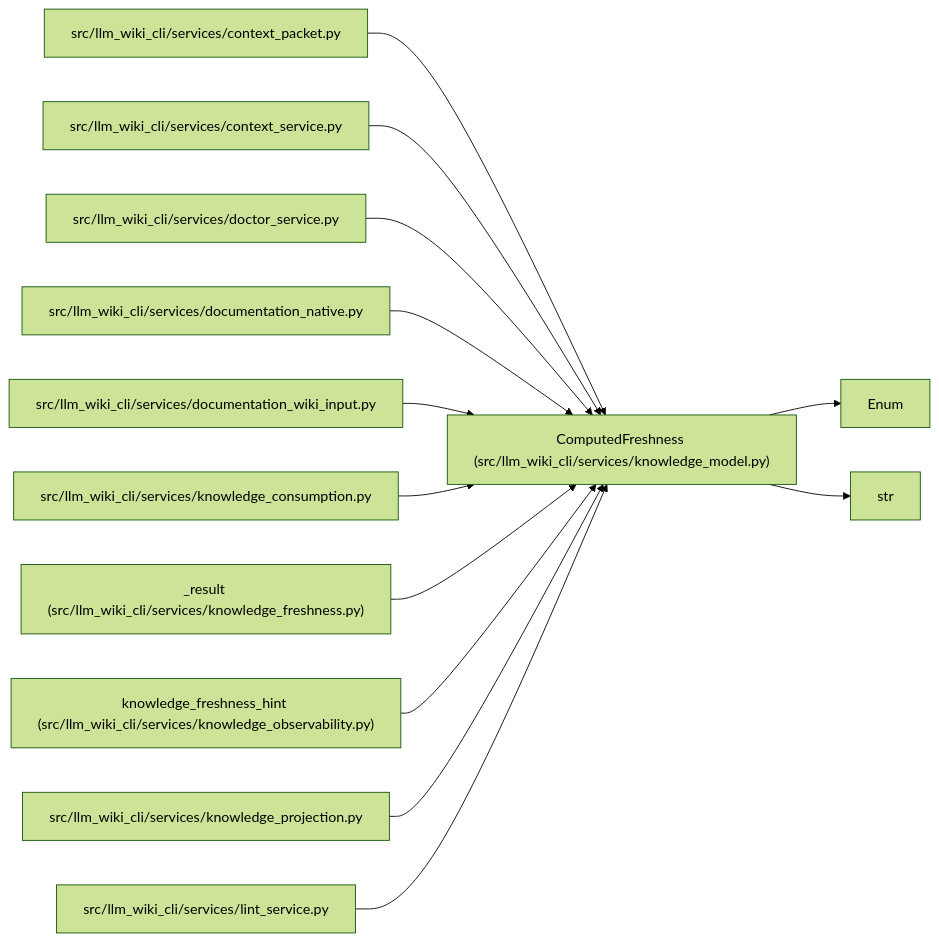
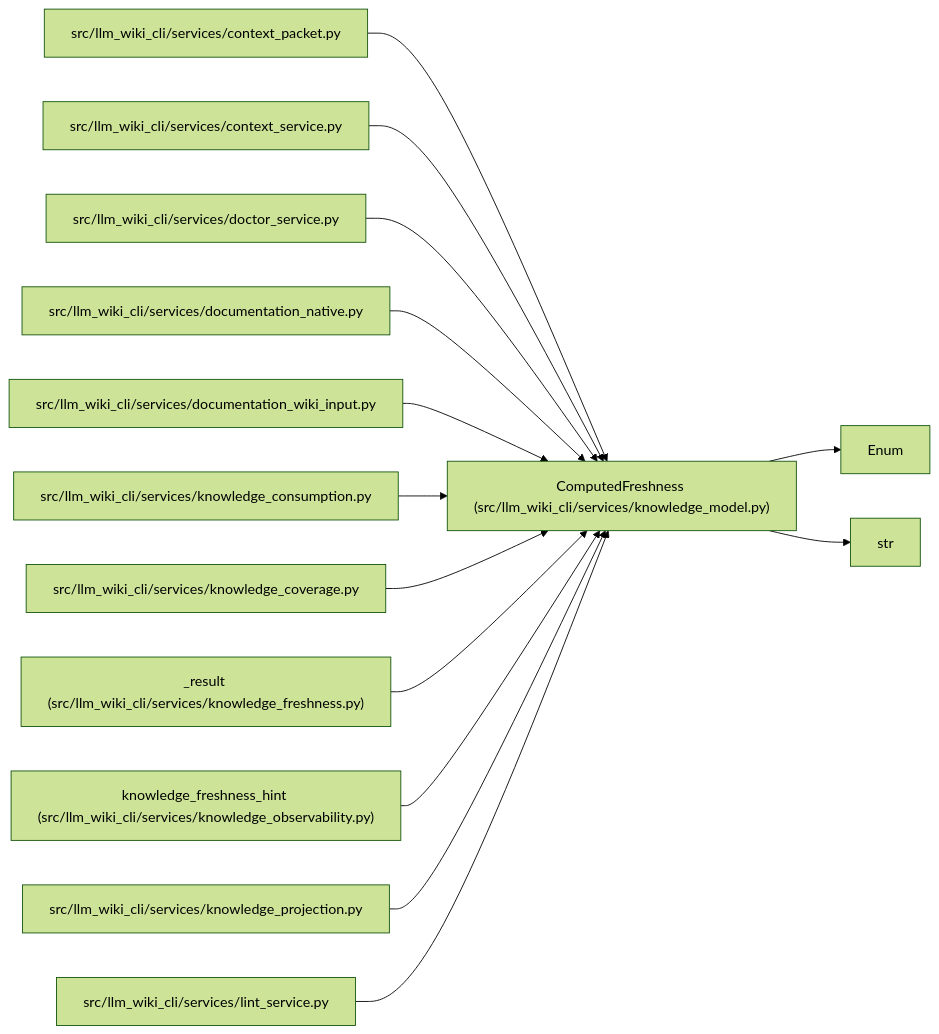
The diagram in docs/llm_wiki/entities/ComputedFreshness.md (Denissvgn/python-wiki-llm), drawn with Mermaid (forest theme) before and after one commit. The commit also changed other lines of this file and 398 other files, not shown here.

````diff
--- a/docs/llm_wiki/entities/ComputedFreshness.md
+++ b/docs/llm_wiki/entities/ComputedFreshness.md
@@ -30,39 +30,42 @@
 ```mermaid
 flowchart LR
     n0["ComputedFreshness (src/llm_wiki_cli/services/knowledge_model.py)"]
     n1["Enum"]
     n2["str"]
     n3["src/llm_wiki_cli/services/context_packet.py"]
     n4["src/llm_wiki_cli/services/context_service.py"]
     n5["src/llm_wiki_cli/services/doctor_service.py"]
     n6["src/llm_wiki_cli/services/documentation_native.py"]
     n7["src/llm_wiki_cli/services/documentation_wiki_input.py"]
     n8["src/llm_wiki_cli/services/knowledge_consumption.py"]
-    n9["_result (src/llm_wiki_cli/services/knowledge_freshness.py)"]
-    n10["knowledge_freshness_hint (src/llm_wiki_cli/services/knowledge_observability.py)"]
-    n11["src/llm_wiki_cli/services/knowledge_projection.py"]
-    n12["src/llm_wiki_cli/services/lint_service.py"]
+    n9["src/llm_wiki_cli/services/knowledge_coverage.py"]
+    n10["_result (src/llm_wiki_cli/services/knowledge_freshness.py)"]
+    n11["knowledge_freshness_hint (src/llm_wiki_cli/services/knowledge_observability.py)"]
+    n12["src/llm_wiki_cli/services/knowledge_projection.py"]
+    n13["src/llm_wiki_cli/services/lint_service.py"]
     n0 --> n1
     n0 --> n2
     n3 --> n0
     n4 --> n0
     n5 --> n0
     n6 --> n0
     n7 --> n0
     n8 --> n0
     n9 --> n0
     n10 --> n0
     n11 --> n0
     n12 --> n0
+    n13 --> n0
     click n0 "../modules/knowledge_model.md"
     click n3 "../modules/context_packet.md"
     click n4 "../modules/context_service.md"
     click n5 "../modules/doctor_service.md"
     click n6 "../modules/documentation_native.md"
     click n7 "../modules/documentation_wiki_input.md"
     click n8 "../modules/knowledge_consumption.md"
-    click n9 "../modules/knowledge_freshness.md"
-    click n10 "../modules/knowledge_observability.md"
-    click n11 "../modules/knowledge_projection.md"
-    click n12 "../modules/lint_service.md"
+    click n9 "../modules/knowledge_coverage.md"
+    click n10 "../modules/knowledge_freshness.md"
+    click n11 "../modules/knowledge_observability.md"
+    click n12 "../modules/knowledge_projection.md"
+    click n13 "../modules/lint_service.md"
 ```
````
